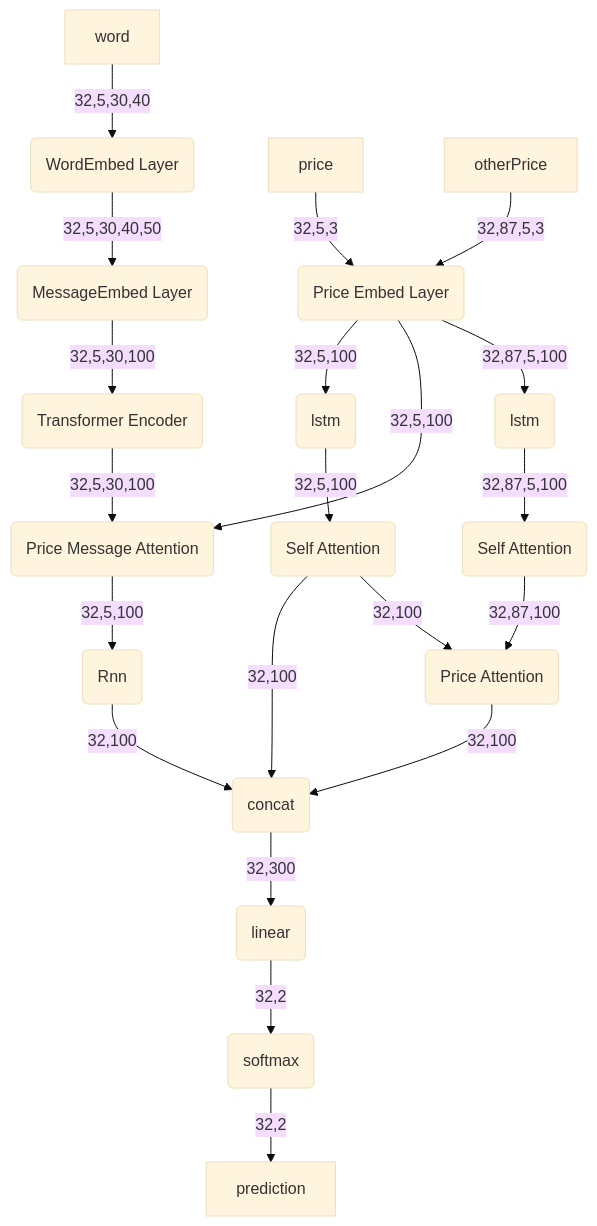
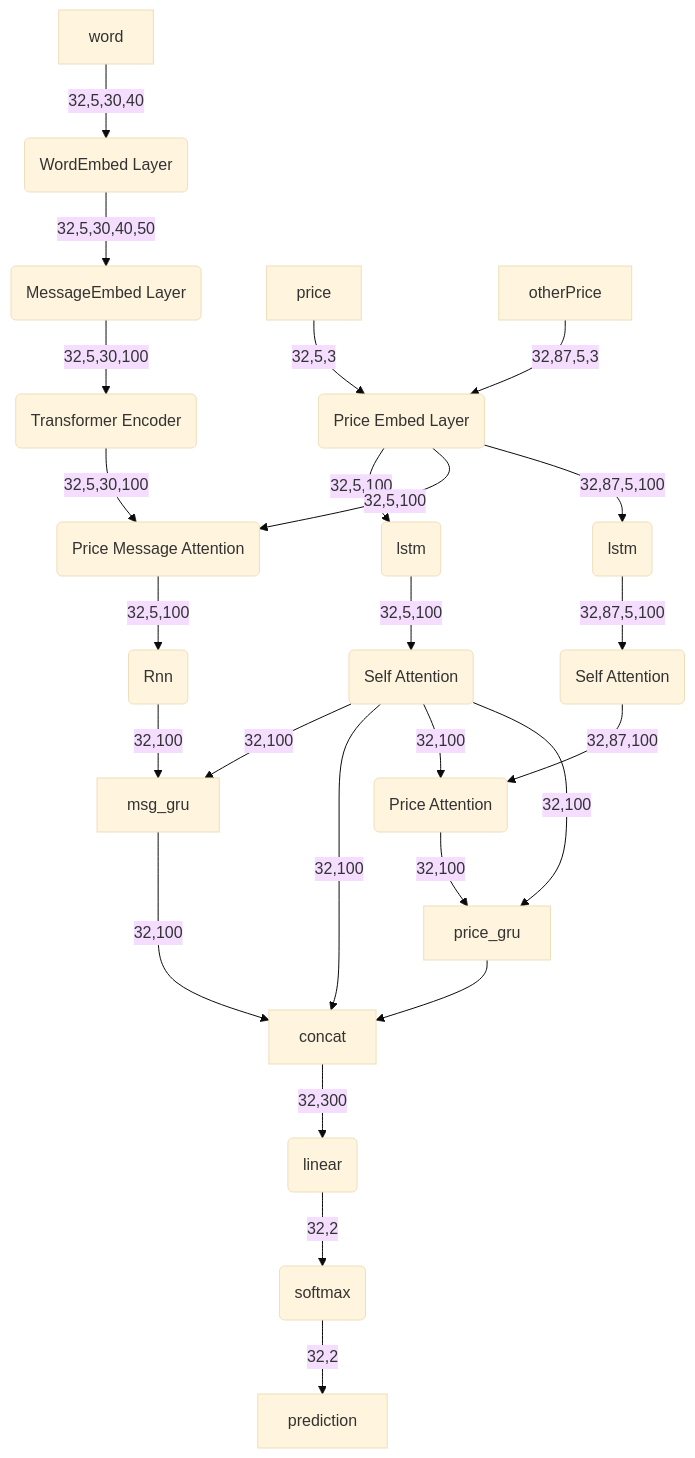
The diagram in README.md (Unevenlu/TPIN-Text_Price_Information_Network), drawn with Mermaid (base theme) before and after one commit. The commit also changed other lines of this file, not shown here.

````diff
--- a/README.md
+++ b/README.md
@@ -47,13 +47,15 @@
 ```mermaid
 graph TD
     word -->|32,5,30,40|word_embedding(WordEmbed Layer)
     word_embedding -->|32,5,30,40,50|msg_embed(MessageEmbed Layer)
     msg_embed -->|32,5,30,100|Transformer(Transformer Encoder)
     Transformer -->|32,5,30,100|PriceMsg(Price Message Attention)
-    price -->|32,5,3|PriceEmbed(Price Embed Layer) -->|32,5,100|lstm1(lstm) -->|32,5,100|att1(Self Attention) -->|32,100|concat(concat)
-    PriceEmbed -->|32,5,100|PriceMsg -->|32,5,100|rnn(Rnn) -->|32,100|concat
+    price -->|32,5,3|PriceEmbed(Price Embed Layer) -->|32,5,100|lstm1(lstm) -->|32,5,100|att1(Self Attention) -->|32,100|msg_gru
+    att1 -->|32,100|concat
+    PriceEmbed -->|32,5,100|PriceMsg -->|32,5,100|rnn(Rnn) -->|32,100|msg_gru-->|32,100|concat
     
     otherPrice -->|32,87,5,3|PriceEmbed -->|32,87,5,100|lstm2(lstm) -->|32,87,5,100|att2(Self Attention) -->|32,87,100|prt(Price Attention)
-    att1 -->|32,100|prt -->|32,100|concat
+    att1 -->|32,100|prt -->|32,100|price_gru-->concat
+    att1 -->|32,100|price_gru
     concat -->|32,300|linear(linear) -->|32,2|softmax(softmax) -->|32,2|prediction
 ```
````
